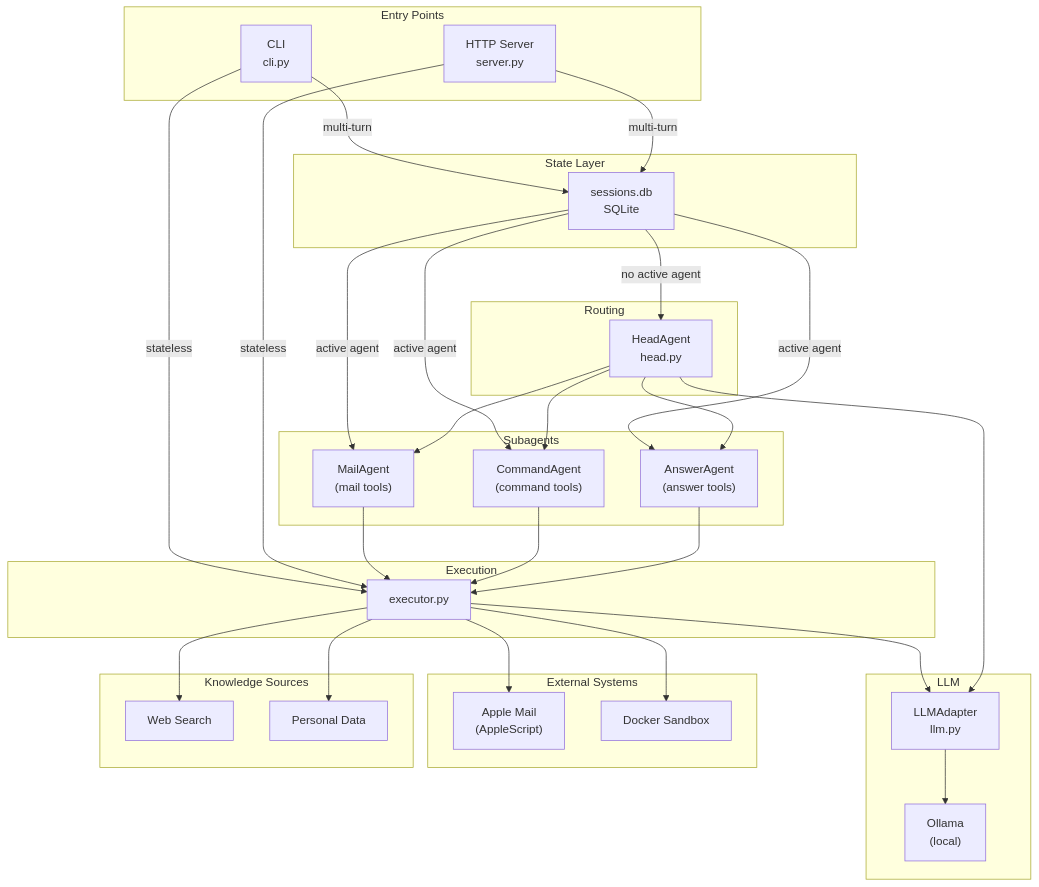
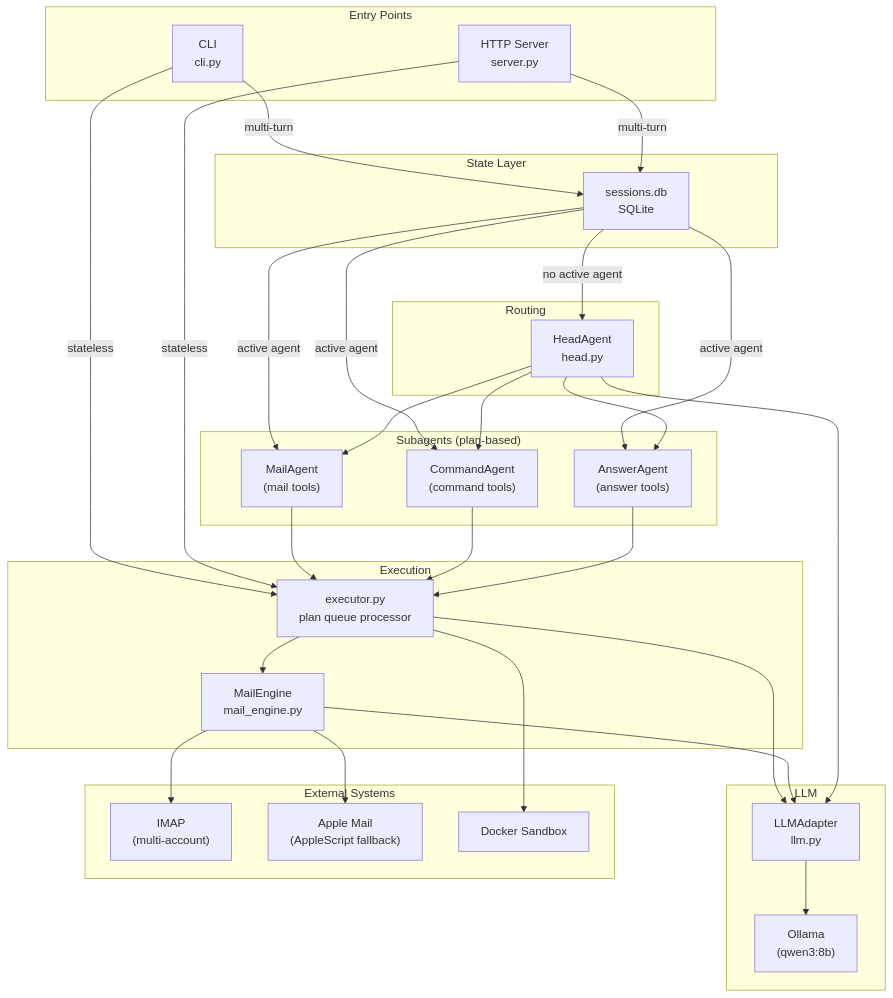
Before and after one commit to ajpeders/MyAgent: the first of 2 diagrams in ARCHITECTURE.md, drawn with Mermaid. The commit also changed other lines of this file and 76 other files, not shown here.

````diff
--- a/ARCHITECTURE.md
+++ b/ARCHITECTURE.md
@@ -5,65 +5,63 @@
 ```mermaid
 graph TD
     subgraph Entry["Entry Points"]
         CLI["CLI<br/>cli.py"]
         HTTP["HTTP Server<br/>server.py"]
     end
 
     subgraph State["State Layer"]
         SESSIONS["sessions.db<br/>SQLite"]
     end
 
     subgraph Routing["Routing"]
         HEAD["HeadAgent<br/>head.py"]
     end
 
-    subgraph Agents["Subagents"]
+    subgraph Agents["Subagents (plan-based)"]
         MAIL["MailAgent<br/>(mail tools)"]
         CMD["CommandAgent<br/>(command tools)"]
         ANS["AnswerAgent<br/>(answer tools)"]
     end
 
     subgraph Execution["Execution"]
-        EXECUTOR["executor.py"]
+        EXECUTOR["executor.py<br/>plan queue processor"]
+        MAILENGINE["MailEngine<br/>mail_engine.py"]
     end
 
     subgraph LLM["LLM"]
         ADAPTER["LLMAdapter<br/>llm.py"]
-        OLLAMA["Ollama<br/>(local)"]
+        OLLAMA["Ollama<br/>(qwen3:8b)"]
     end
 
     subgraph External["External Systems"]
-        APPLEMAIL["Apple Mail<br/>(AppleScript)"]
+        IMAP["IMAP<br/>(multi-account)"]
+        APPLEMAIL["Apple Mail<br/>(AppleScript fallback)"]
         DOCKER["Docker Sandbox"]
-    end
-
-    subgraph Knowledge["Knowledge Sources"]
-        WEB["Web Search"]
-        USERDATA["Personal Data"]
     end
 
     CLI -->|"stateless"| EXECUTOR
     HTTP -->|"stateless"| EXECUTOR
     CLI -->|"multi-turn"| SESSIONS
     HTTP -->|"multi-turn"| SESSIONS
     SESSIONS -->|"no active agent"| HEAD
     SESSIONS -->|"active agent"| MAIL
     SESSIONS -->|"active agent"| CMD
     SESSIONS -->|"active agent"| ANS
     HEAD --> MAIL
     HEAD --> CMD
     HEAD --> ANS
 
     MAIL --> EXECUTOR
     CMD --> EXECUTOR
     ANS --> EXECUTOR
 
     EXECUTOR --> ADAPTER
+    EXECUTOR --> MAILENGINE
+    MAILENGINE --> ADAPTER
     HEAD --> ADAPTER
     ADAPTER --> OLLAMA
 
-    EXECUTOR --> APPLEMAIL
+    MAILENGINE --> IMAP
+    MAILENGINE --> APPLEMAIL
     EXECUTOR --> DOCKER
-    EXECUTOR --> WEB
-    EXECUTOR --> USERDATA
 ```
````
